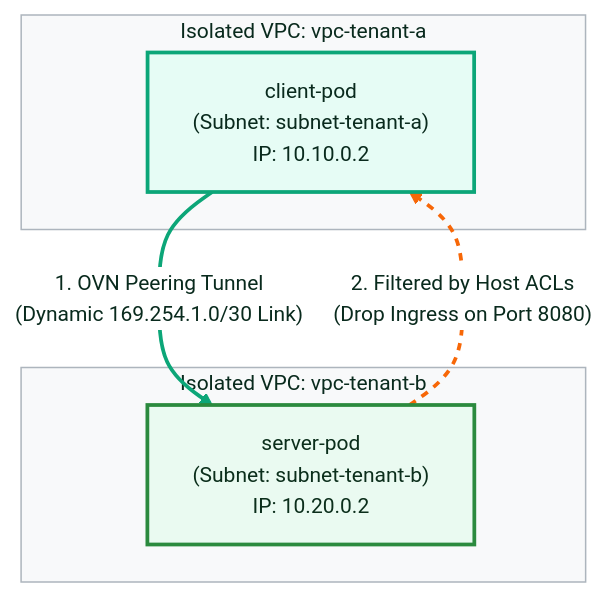
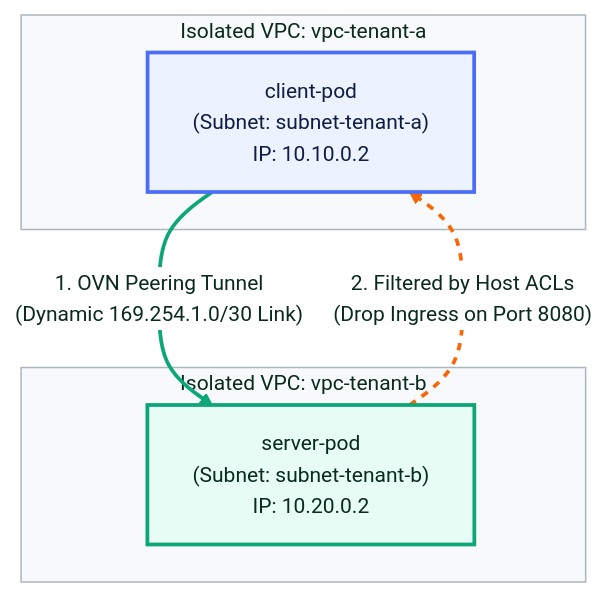
The second of 3 diagrams in docs/vpc-peering-networkpolicy-demo.md (coulof/k3k-kube-ovn), drawn with Mermaid before and after one commit. The commit also changed other lines of this file, not shown here.

Commit message:
docs(peering): align tenant card colorschemes across diagrams with premium egress scheme

````diff
--- a/docs/vpc-peering-networkpolicy-demo.md
+++ b/docs/vpc-peering-networkpolicy-demo.md
@@ -79,41 +79,41 @@
 ```mermaid
 %%{init: {
   'theme': 'base',
   'themeVariables': {
     'fontFamily': 'SUSE, sans-serif',
     'fontSize': '14px',
     'primaryColor': '#0ca678',
     'primaryTextColor': '#092a1d',
     'primaryBorderColor': '#0ca678',
     'lineColor': '#212529',
     'secondaryColor': '#1c7ed6',
     'tertiaryColor': '#e6fcf5',
     'mainBkg': '#ffffff',
     'nodeBorder': '#212529',
     'clusterBkg': '#f8f9fa',
     'clusterBorder': '#adb5bd',
     'titleColor': '#092a1d',
     'edgeLabelBackground':'#ffffff'
   }
 } }%%
 graph TD
     classDef default fill:#ffffff,stroke:#212529,stroke-width:1px,color:#212529;
-    classDef vpcA fill:#e6fcf5,stroke:#0ca678,stroke-width:2.5px,color:#092a1d;
-    classDef vpcB fill:#eafaf1,stroke:#2b8a3e,stroke-width:2.5px,color:#0b2e1b;
+    classDef vpcA fill:#edf2ff,stroke:#4c6ef5,stroke-width:2.5px,color:#101d42;
+    classDef vpcB fill:#e6fcf5,stroke:#0ca678,stroke-width:2.5px,color:#092a1d;
     classDef highlight fill:#fff4e6,stroke:#f76707,stroke-width:2.5px,color:#5c1d00;
 
     subgraph VPCA ["Isolated VPC: vpc-tenant-a"]
         client["client-pod<br/>(Subnet: subnet-tenant-a)<br/>IP: 10.10.0.2"]:::vpcA
     end
 
     subgraph VPCB ["Isolated VPC: vpc-tenant-b"]
         server["server-pod<br/>(Subnet: subnet-tenant-b)<br/>IP: 10.20.0.2"]:::vpcB
     end
 
     %% Peering Link & Security Rule Filtering
     client -- "1. OVN Peering Tunnel<br/>(Dynamic 169.254.1.0/30 Link)" --> server
     server -. "2. Filtered by Host ACLs<br/>(Drop Ingress on Port 8080)" .-> client
 
     linkStyle 0 stroke:#0ca678,stroke-width:2.5px;
     linkStyle 1 stroke:#f76707,stroke-width:2.5px,stroke-dasharray: 5 5;
 ```
````
